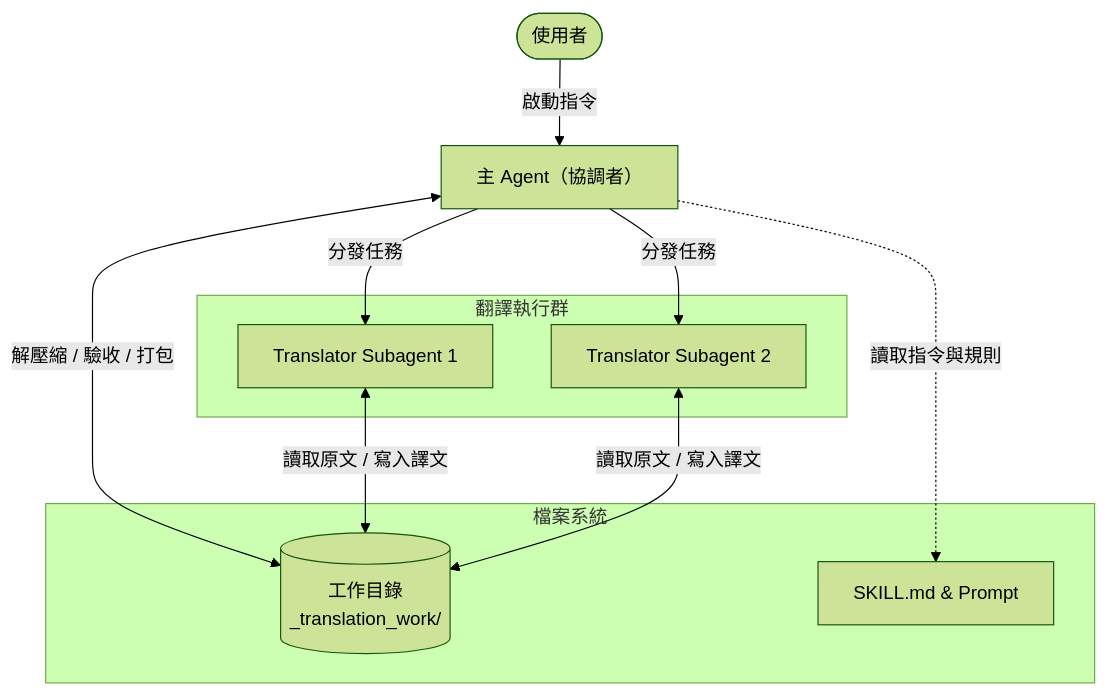
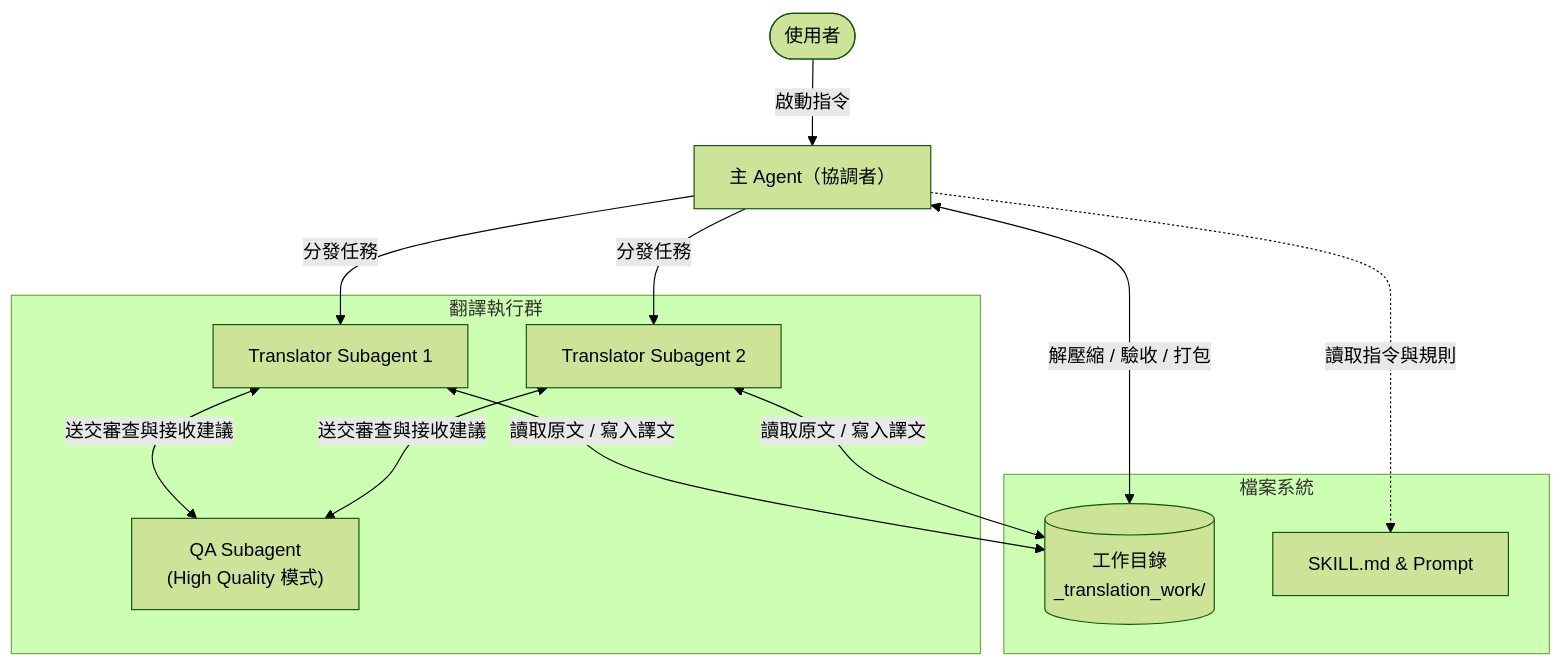
One commit to dlhdb/epub-translate-agy-skill changed the first of 2 diagrams in .agents/skills/awesome-epub-translator/docs/TECHNICAL_DETAILS.md. Above: the diagram before and after it, drawn with Mermaid (forest theme). The commit also changed other lines of this file and 7 other files, not shown here.

Commit message:
docs: update docs for evaluator and high-quality mode, add test report

````diff
--- a/.agents/skills/awesome-epub-translator/docs/TECHNICAL_DETAILS.md
+++ b/.agents/skills/awesome-epub-translator/docs/TECHNICAL_DETAILS.md
@@ -19,23 +19,27 @@
 ```mermaid
 graph TD
     User([使用者]) -->|"啟動指令"| MainAgent["主 Agent（協調者）"]
     
     subgraph FileSystem [檔案系統]
         FS[("工作目錄<br/>_translation_work/")]
         SkillDoc["SKILL.md & Prompt"]
     end
     
     MainAgent -.->|"讀取指令與規則"| SkillDoc
     MainAgent <-->|"解壓縮 / 驗收 / 打包"| FS
     
     subgraph Subagents [翻譯執行群]
         Sub1["Translator Subagent 1"]
         Sub2["Translator Subagent 2"]
+        QA["QA Subagent<br/>(High Quality 模式)"]
     end
     
     MainAgent -->|"分發任務"| Sub1
     MainAgent -->|"分發任務"| Sub2
     
     Sub1 <-->|"讀取原文 / 寫入譯文"| FS
     Sub2 <-->|"讀取原文 / 寫入譯文"| FS
+    
+    Sub1 <-->|"送交審查與接收建議"| QA
+    Sub2 <-->|"送交審查與接收建議"| QA
 ```
````
